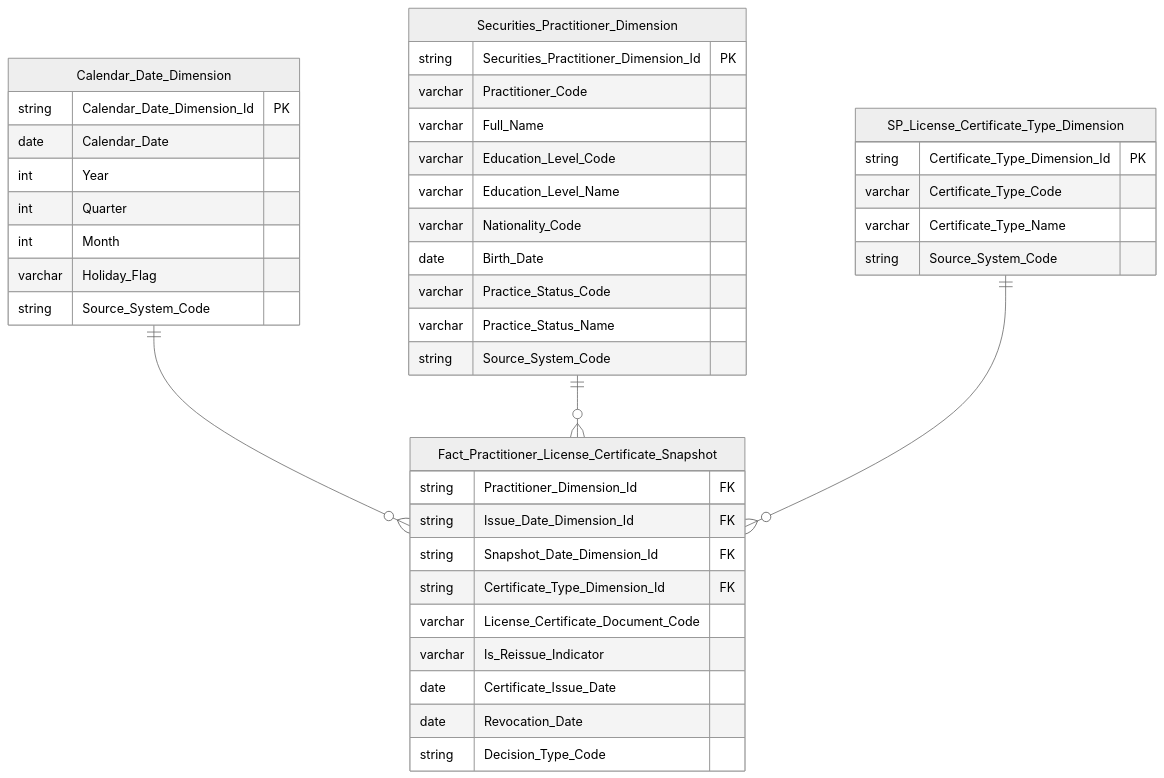
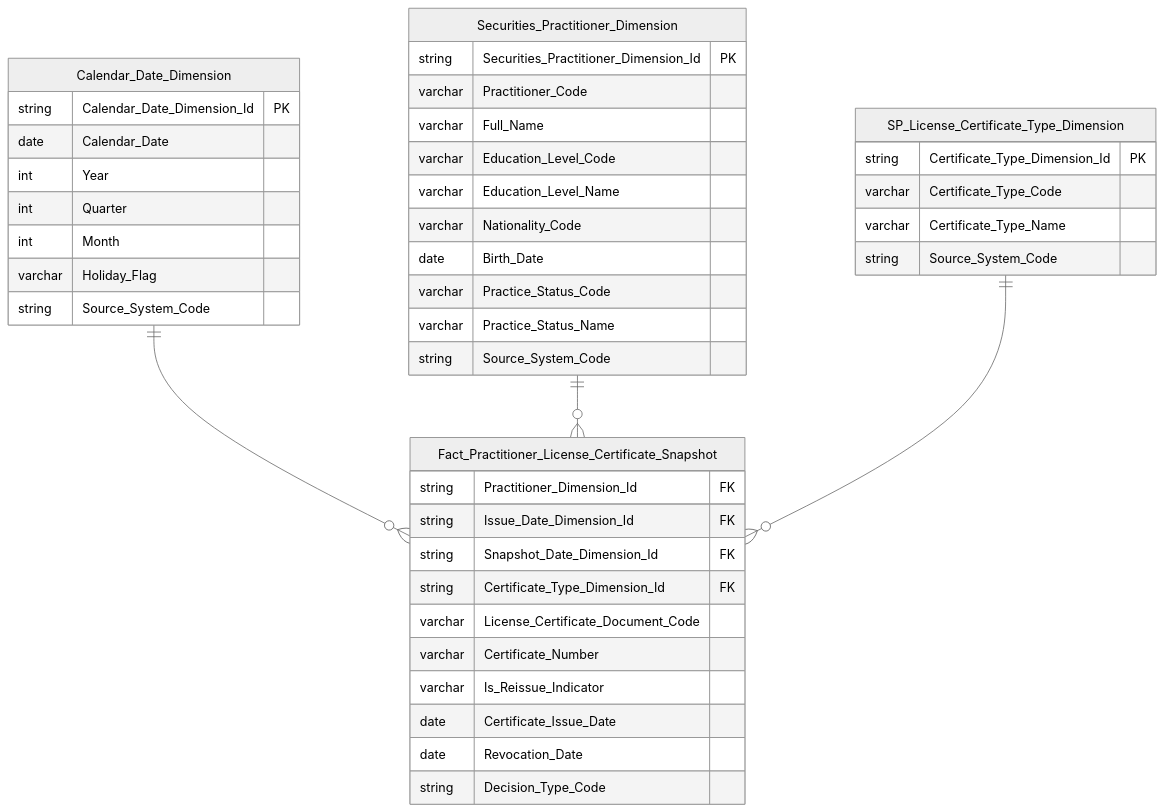
Before and after one commit to linhlvit/ubck_atomic_design: diagram 12 of 40 in Datamart/hld/DTM_NHNCK_HLD.md, drawn with Mermaid (neutral theme). The commit also changed other lines of this file and 2 other files, not shown here.

````diff
--- a/Datamart/hld/DTM_NHNCK_HLD.md
+++ b/Datamart/hld/DTM_NHNCK_HLD.md
@@ -433,48 +433,49 @@
 ```mermaid
 erDiagram
     Calendar_Date_Dimension ||--o{ Fact_Practitioner_License_Certificate_Snapshot : " "
     Securities_Practitioner_Dimension ||--o{ Fact_Practitioner_License_Certificate_Snapshot : " "
     SP_License_Certificate_Type_Dimension ||--o{ Fact_Practitioner_License_Certificate_Snapshot : " "
 
     Fact_Practitioner_License_Certificate_Snapshot {
         string Practitioner_Dimension_Id FK
         string Issue_Date_Dimension_Id FK
         string Snapshot_Date_Dimension_Id FK
         string Certificate_Type_Dimension_Id FK
         varchar License_Certificate_Document_Code
+        varchar Certificate_Number
         varchar Is_Reissue_Indicator
         date Certificate_Issue_Date
         date Revocation_Date
         string Decision_Type_Code
     }
 
     Calendar_Date_Dimension {
         string Calendar_Date_Dimension_Id PK
         date Calendar_Date
         int Year
         int Quarter
         int Month
         varchar Holiday_Flag
         string Source_System_Code
     }
 
     Securities_Practitioner_Dimension {
         string Securities_Practitioner_Dimension_Id PK
         varchar Practitioner_Code
         varchar Full_Name
         varchar Education_Level_Code
         varchar Education_Level_Name
         varchar Nationality_Code
         date Birth_Date
         varchar Practice_Status_Code
         varchar Practice_Status_Name
         string Source_System_Code
     }
 
     SP_License_Certificate_Type_Dimension {
         string Certificate_Type_Dimension_Id PK
         varchar Certificate_Type_Code
         varchar Certificate_Type_Name
         string Source_System_Code
     }
 ```
````
